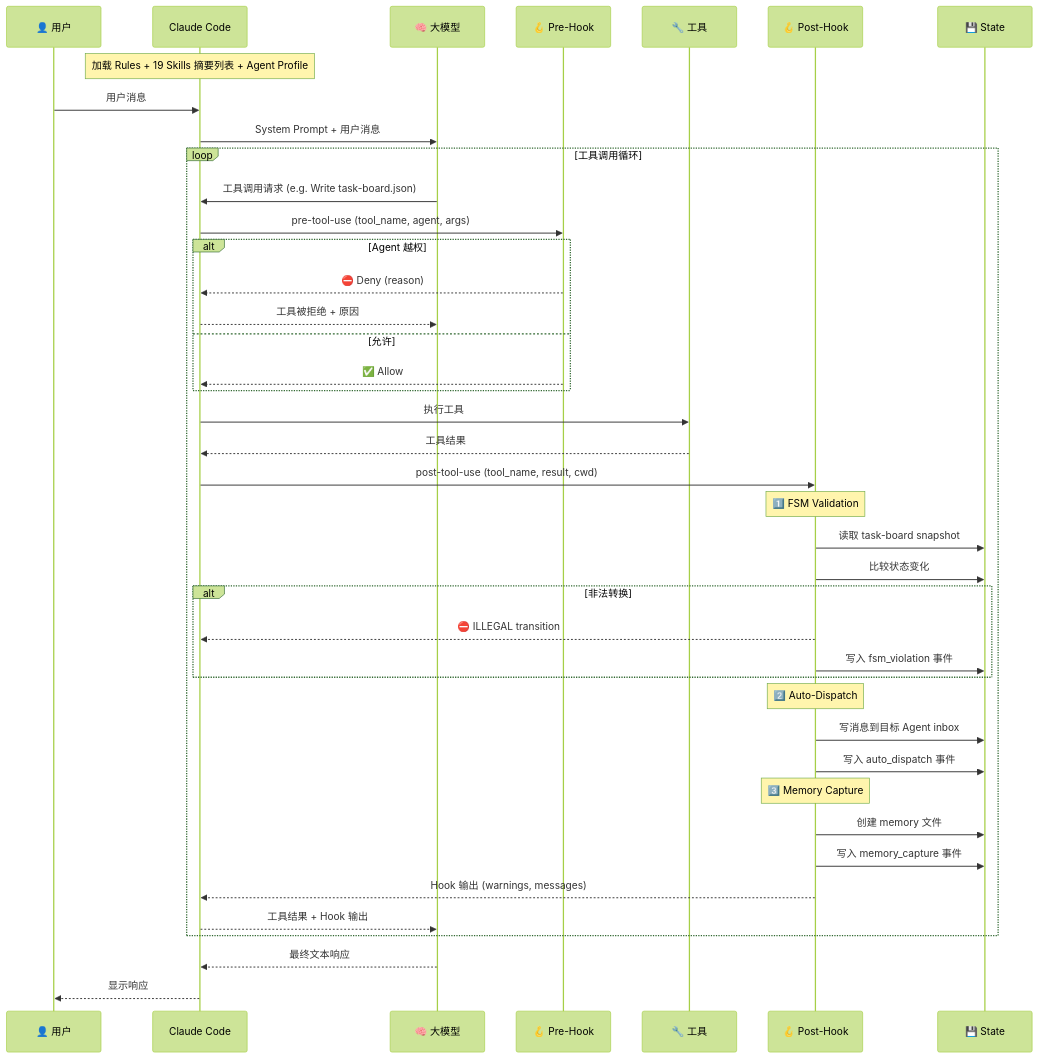
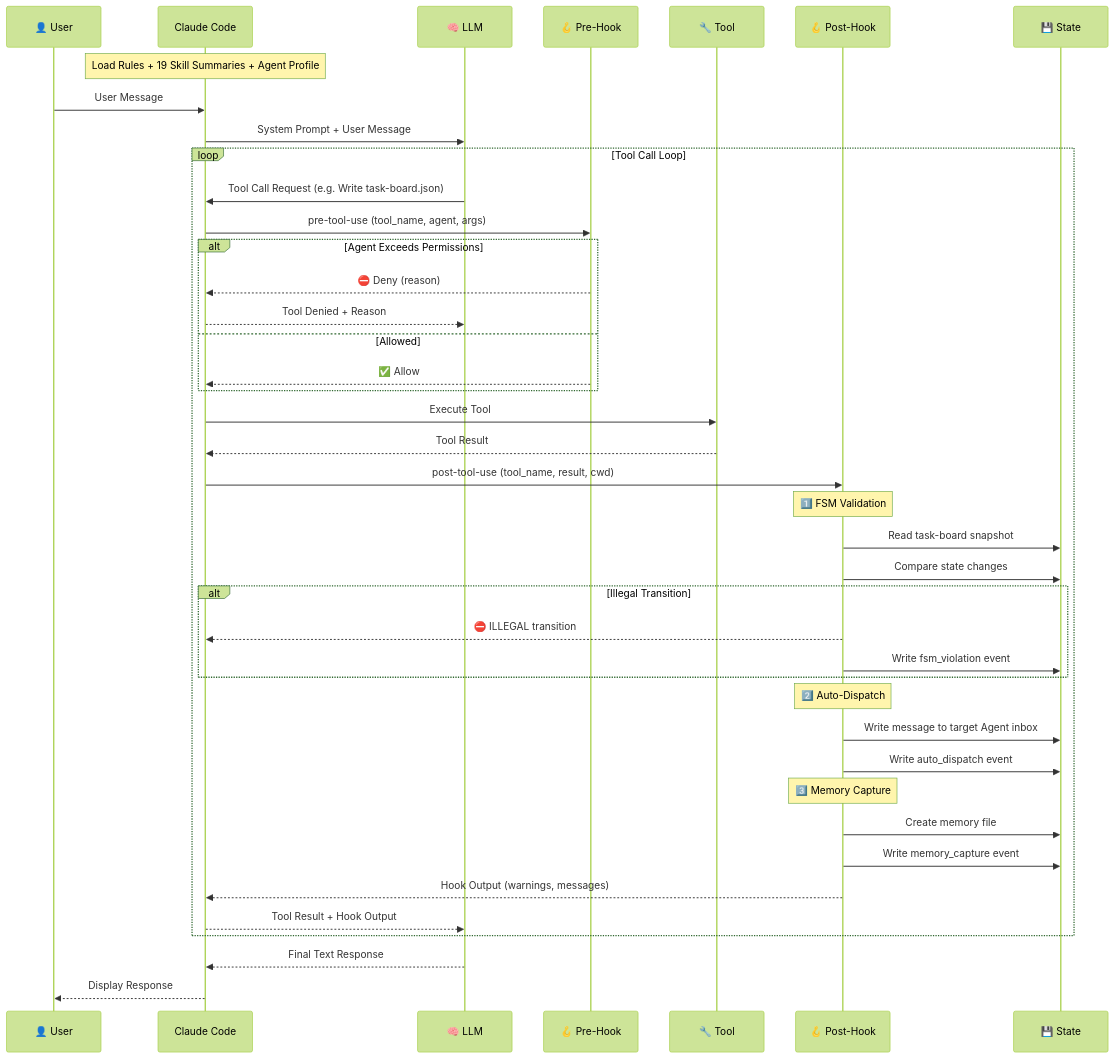
Before and after one commit to cintia09/CodeNook: the second of 4 diagrams in docs/claude-code-flow.md, drawn with Mermaid (forest theme). The commit also changed other lines of this file and 12 other files, not shown here.

````diff
--- a/docs/claude-code-flow.md
+++ b/docs/claude-code-flow.md
@@ -111,54 +111,54 @@
 ```mermaid
 sequenceDiagram
-    participant U as 👤 用户
+    participant U as 👤 User
     participant CC as Claude Code
-    participant LLM as 🧠 大模型
+    participant LLM as 🧠 LLM
     participant PRE as 🪝 Pre-Hook
-    participant TOOL as 🔧 工具
+    participant TOOL as 🔧 Tool
     participant POST as 🪝 Post-Hook
     participant DB as 💾 State
 
-    Note over CC: 加载 Rules + 19 Skills 摘要列表 + Agent Profile
+    Note over CC: Load Rules + 19 Skill Summaries + Agent Profile
 
-    U->>CC: 用户消息
-    CC->>LLM: System Prompt + 用户消息
+    U->>CC: User Message
+    CC->>LLM: System Prompt + User Message
 
-    loop 工具调用循环
-        LLM->>CC: 工具调用请求 (e.g. Write task-board.json)
+    loop Tool Call Loop
+        LLM->>CC: Tool Call Request (e.g. Write task-board.json)
 
         CC->>PRE: pre-tool-use (tool_name, agent, args)
-        alt Agent 越权
+        alt Agent Exceeds Permissions
             PRE-->>CC: ⛔ Deny (reason)
-            CC-->>LLM: 工具被拒绝 + 原因
-        else 允许
+            CC-->>LLM: Tool Denied + Reason
+        else Allowed
             PRE-->>CC: ✅ Allow
         end
 
-        CC->>TOOL: 执行工具
-        TOOL-->>CC: 工具结果
+        CC->>TOOL: Execute Tool
+        TOOL-->>CC: Tool Result
 
         CC->>POST: post-tool-use (tool_name, result, cwd)
 
         Note over POST: 1️⃣ FSM Validation
-        POST->>DB: 读取 task-board snapshot
-        POST->>DB: 比较状态变化
-        alt 非法转换
+        POST->>DB: Read task-board snapshot
+        POST->>DB: Compare state changes
+        alt Illegal Transition
             POST-->>CC: ⛔ ILLEGAL transition
-            POST->>DB: 写入 fsm_violation 事件
+            POST->>DB: Write fsm_violation event
         end
 
         Note over POST: 2️⃣ Auto-Dispatch
-        POST->>DB: 写消息到目标 Agent inbox
-        POST->>DB: 写入 auto_dispatch 事件
+        POST->>DB: Write message to target Agent inbox
+        POST->>DB: Write auto_dispatch event
 
         Note over POST: 3️⃣ Memory Capture
-        POST->>DB: 创建 memory 文件
-        POST->>DB: 写入 memory_capture 事件
+        POST->>DB: Create memory file
+        POST->>DB: Write memory_capture event
 
-        POST-->>CC: Hook 输出 (warnings, messages)
-        CC-->>LLM: 工具结果 + Hook 输出
+        POST-->>CC: Hook Output (warnings, messages)
+        CC-->>LLM: Tool Result + Hook Output
     end
 
-    LLM-->>CC: 最终文本响应
-    CC-->>U: 显示响应
+    LLM-->>CC: Final Text Response
+    CC-->>U: Display Response
 ```
````
